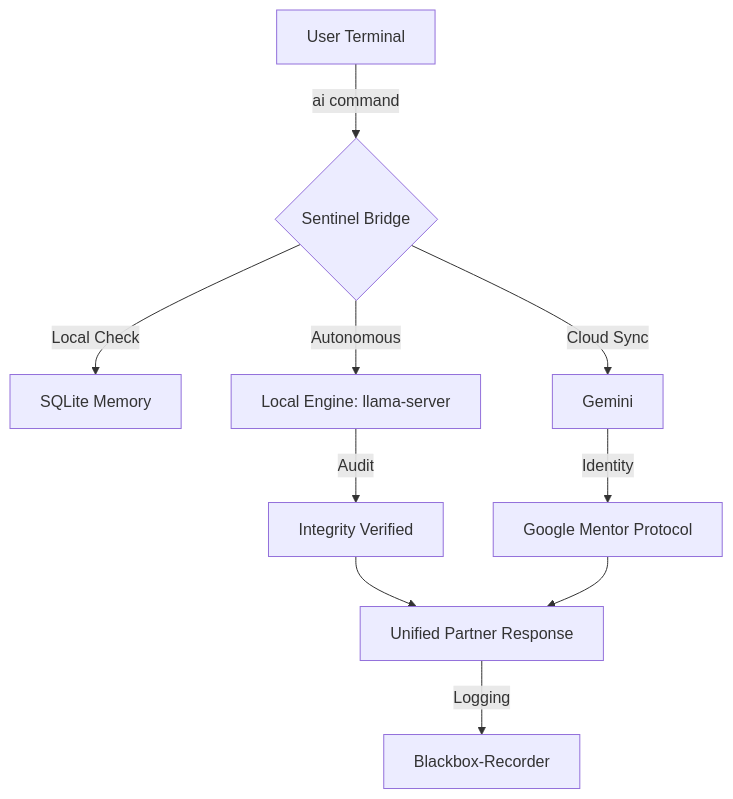
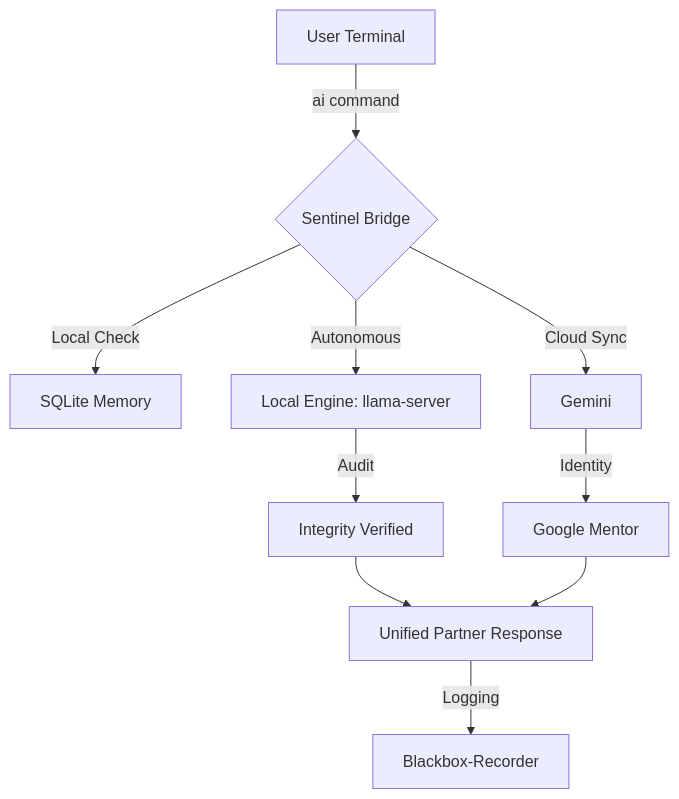
Before and after one commit to kun1gund3/Google-Gemini-Sentinel-Bridge-v1.0-: the diagram in README.md, drawn with Mermaid.

Commit message:
Update Google Mentor Protocol reference in README

````diff
--- a/README.md
+++ b/README.md
@@ -44,11 +44,11 @@
 ```mermaid
 graph TD
     A[User Terminal] -->|ai command| B{Sentinel Bridge}
     B -->|Local Check| C[SQLite Memory]
     B -->|Autonomous| D[Local Engine: llama-server]
     B -->|Cloud Sync| E[Gemini]
     D -->|Audit| F[Integrity Verified]
-    E -->|Identity| G[Google Mentor Protocol]
+    E -->|Identity| G[Google Mentor]
     F & G --> H[Unified Partner Response]
     H -->|Logging| I[Blackbox-Recorder]
 ```
````
